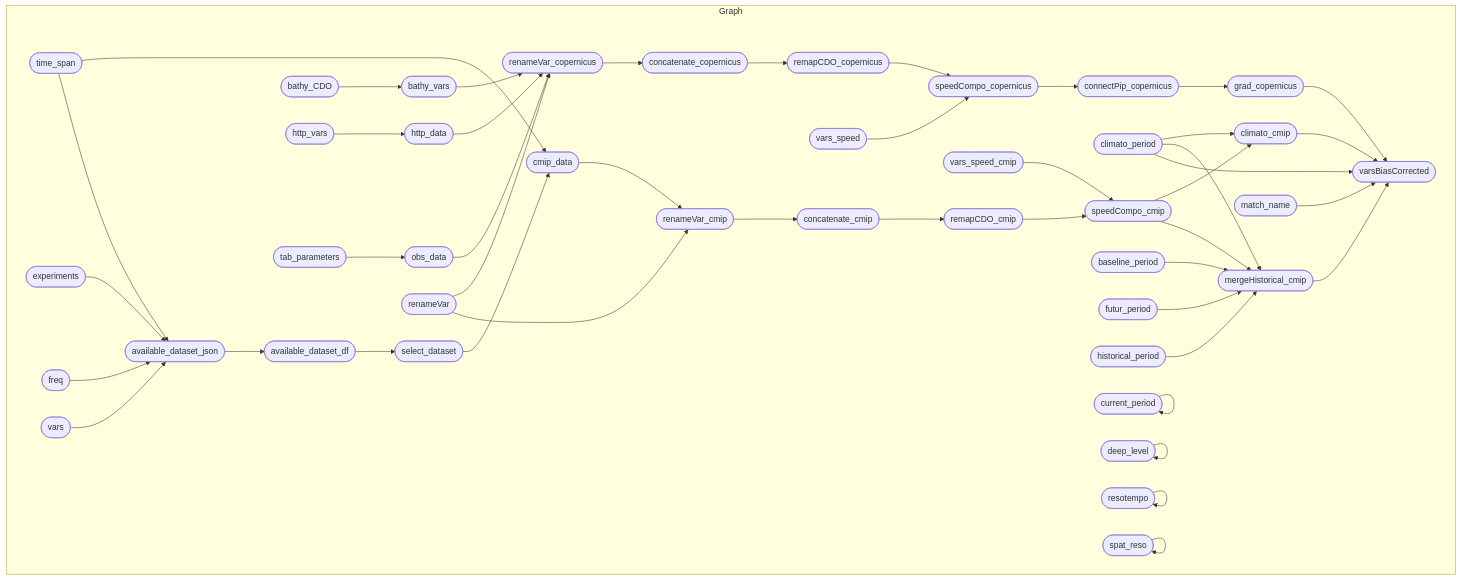
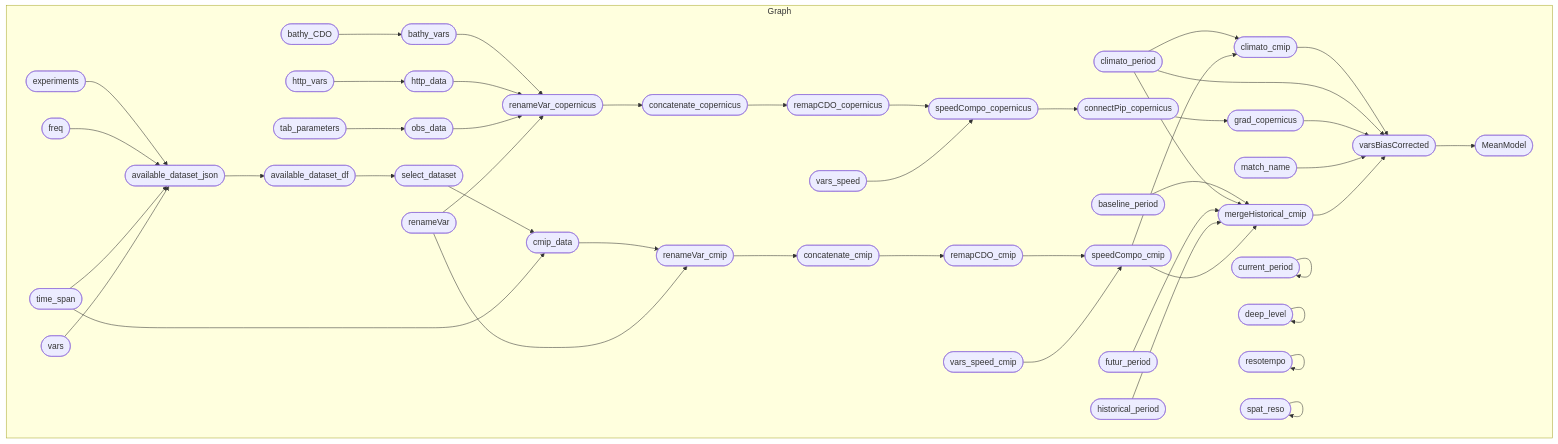
Before and after one commit to r-fernandezz/downshape: the diagram in README.md, drawn with Mermaid. The commit also changed other lines of this file and 3 other files, not shown here.

Commit message:
✨ NEW FEATURE: mean model by ssp and variables

````diff
--- a/README.md
+++ b/README.md
@@ -25,49 +25,50 @@
 ``` mermaid
 graph LR
   subgraph Graph
     direction LR
-    x6fcf9b0e7fc429ff(["available_dataset_json"]):::uptodate --> xe895740a9b7896f7(["available_dataset_df"]):::uptodate
-    x3f5ab24ee8d242b4(["select_dataset"]):::uptodate --> xd8e5f2013a341013(["cmip_data"]):::uptodate
-    x2c0118dd07b06ac8(["time_span"]):::uptodate --> xd8e5f2013a341013(["cmip_data"]):::uptodate
-    xf4b49e2ba07661b1(["remapCDO_cmip"]):::uptodate --> xe5de19f3be59da20(["speedCompo_cmip"]):::uptodate
-    x7a197bdf5f12681a(["vars_speed_cmip"]):::uptodate --> xe5de19f3be59da20(["speedCompo_cmip"]):::uptodate
+    xfc6ed28680e5db72(["speedCompo_copernicus"]):::outdated --> xd2707862cf793d3a(["connectPip_copernicus"]):::outdated
     xec6283d15a25ed08(["remapCDO_copernicus"]):::outdated --> xfc6ed28680e5db72(["speedCompo_copernicus"]):::outdated
     xca459201a27e8460(["vars_speed"]):::uptodate --> xfc6ed28680e5db72(["speedCompo_copernicus"]):::outdated
-    xf5c6fd225c377a3d(["bathy_CDO"]):::uptodate --> xb5817e1daca13dcc(["bathy_vars"]):::uptodate
+    xe895740a9b7896f7(["available_dataset_df"]):::uptodate --> x3f5ab24ee8d242b4(["select_dataset"]):::uptodate
+    x71e926299248ce3f(["http_vars"]):::uptodate --> x35b468daf9281b76(["http_data"]):::uptodate
+    xac02e5e58926353b(["experiments"]):::uptodate --> x6fcf9b0e7fc429ff(["available_dataset_json"]):::uptodate
+    x906e78a8df9f52cb(["freq"]):::uptodate --> x6fcf9b0e7fc429ff(["available_dataset_json"]):::uptodate
+    x2c0118dd07b06ac8(["time_span"]):::uptodate --> x6fcf9b0e7fc429ff(["available_dataset_json"]):::uptodate
+    x8f15ec77b8dbd81a(["vars"]):::uptodate --> x6fcf9b0e7fc429ff(["available_dataset_json"]):::uptodate
+    xd2707862cf793d3a(["connectPip_copernicus"]):::outdated --> x37179b61a203cbd3(["grad_copernicus"]):::outdated
+    xbbe4eafa679df977(["climato_period"]):::uptodate --> x0c817e56268c947c(["climato_cmip"]):::uptodate
+    xe5de19f3be59da20(["speedCompo_cmip"]):::uptodate --> x0c817e56268c947c(["climato_cmip"]):::uptodate
     xb5817e1daca13dcc(["bathy_vars"]):::uptodate --> xe44467b2b079fc18(["renameVar_copernicus"]):::outdated
     x35b468daf9281b76(["http_data"]):::uptodate --> xe44467b2b079fc18(["renameVar_copernicus"]):::outdated
     xd7bca5ba4e5f539d(["obs_data"]):::outdated --> xe44467b2b079fc18(["renameVar_copernicus"]):::outdated
     xd15c82dcb79a7c2e(["renameVar"]):::uptodate --> xe44467b2b079fc18(["renameVar_copernicus"]):::outdated
+    xf5c6fd225c377a3d(["bathy_CDO"]):::uptodate --> xb5817e1daca13dcc(["bathy_vars"]):::uptodate
+    x3f5ab24ee8d242b4(["select_dataset"]):::uptodate --> xd8e5f2013a341013(["cmip_data"]):::uptodate
+    x2c0118dd07b06ac8(["time_span"]):::uptodate --> xd8e5f2013a341013(["cmip_data"]):::uptodate
     x4fe875b2492d0106(["concatenate_cmip"]):::uptodate --> xf4b49e2ba07661b1(["remapCDO_cmip"]):::uptodate
-    xd8e5f2013a341013(["cmip_data"]):::uptodate --> x0262297569c18022(["renameVar_cmip"]):::uptodate
-    xd15c82dcb79a7c2e(["renameVar"]):::uptodate --> x0262297569c18022(["renameVar_cmip"]):::uptodate
-    x71e926299248ce3f(["http_vars"]):::uptodate --> x35b468daf9281b76(["http_data"]):::uptodate
-    xbbe4eafa679df977(["climato_period"]):::uptodate --> x0c817e56268c947c(["climato_cmip"]):::uptodate
-    xe5de19f3be59da20(["speedCompo_cmip"]):::uptodate --> x0c817e56268c947c(["climato_cmip"]):::uptodate
-    xfc6ed28680e5db72(["speedCompo_copernicus"]):::outdated --> xd2707862cf793d3a(["connectPip_copernicus"]):::outdated
-    xd2707862cf793d3a(["connectPip_copernicus"]):::outdated --> x37179b61a203cbd3(["grad_copernicus"]):::outdated
-    x9289bfb53112cf3b(["concatenate_copernicus"]):::outdated --> xec6283d15a25ed08(["remapCDO_copernicus"]):::outdated
-    xac02e5e58926353b(["experiments"]):::uptodate --> x6fcf9b0e7fc429ff(["available_dataset_json"]):::uptodate
-    x906e78a8df9f52cb(["freq"]):::uptodate --> x6fcf9b0e7fc429ff(["available_dataset_json"]):::uptodate
-    x2c0118dd07b06ac8(["time_span"]):::uptodate --> x6fcf9b0e7fc429ff(["available_dataset_json"]):::uptodate
-    x8f15ec77b8dbd81a(["vars"]):::uptodate --> x6fcf9b0e7fc429ff(["available_dataset_json"]):::uptodate
+    xf4b49e2ba07661b1(["remapCDO_cmip"]):::uptodate --> xe5de19f3be59da20(["speedCompo_cmip"]):::uptodate
+    x7a197bdf5f12681a(["vars_speed_cmip"]):::uptodate --> xe5de19f3be59da20(["speedCompo_cmip"]):::uptodate
     x21b09bf88a2ff147(["baseline_period"]):::uptodate --> xf21dac5ab86940da(["mergeHistorical_cmip"]):::uptodate
     xbbe4eafa679df977(["climato_period"]):::uptodate --> xf21dac5ab86940da(["mergeHistorical_cmip"]):::uptodate
     xbce5cad1cf7e7103(["futur_period"]):::uptodate --> xf21dac5ab86940da(["mergeHistorical_cmip"]):::uptodate
     x57dd1d5e854c11b6(["historical_period"]):::uptodate --> xf21dac5ab86940da(["mergeHistorical_cmip"]):::uptodate
     xe5de19f3be59da20(["speedCompo_cmip"]):::uptodate --> xf21dac5ab86940da(["mergeHistorical_cmip"]):::uptodate
+    xe44467b2b079fc18(["renameVar_copernicus"]):::outdated --> x9289bfb53112cf3b(["concatenate_copernicus"]):::outdated
+    x4301c707c2ab0cdc(["tab_parameters"]):::uptodate --> xd7bca5ba4e5f539d(["obs_data"]):::outdated
+    x6fcf9b0e7fc429ff(["available_dataset_json"]):::uptodate --> xe895740a9b7896f7(["available_dataset_df"]):::uptodate
     x0262297569c18022(["renameVar_cmip"]):::uptodate --> x4fe875b2492d0106(["concatenate_cmip"]):::uptodate
-    x4301c707c2ab0cdc(["tab_parameters"]):::uptodate --> xd7bca5ba4e5f539d(["obs_data"]):::outdated
+    x9289bfb53112cf3b(["concatenate_copernicus"]):::outdated --> xec6283d15a25ed08(["remapCDO_copernicus"]):::outdated
     x0c817e56268c947c(["climato_cmip"]):::uptodate --> x178958aede3793d9(["varsBiasCorrected"]):::outdated
     xbbe4eafa679df977(["climato_period"]):::uptodate --> x178958aede3793d9(["varsBiasCorrected"]):::outdated
     x37179b61a203cbd3(["grad_copernicus"]):::outdated --> x178958aede3793d9(["varsBiasCorrected"]):::outdated
     xab1c13260db879af(["match_name"]):::uptodate --> x178958aede3793d9(["varsBiasCorrected"]):::outdated
     xf21dac5ab86940da(["mergeHistorical_cmip"]):::uptodate --> x178958aede3793d9(["varsBiasCorrected"]):::outdated
-    xe44467b2b079fc18(["renameVar_copernicus"]):::outdated --> x9289bfb53112cf3b(["concatenate_copernicus"]):::outdated
-    xe895740a9b7896f7(["available_dataset_df"]):::uptodate --> x3f5ab24ee8d242b4(["select_dataset"]):::uptodate
+    x178958aede3793d9(["varsBiasCorrected"]):::outdated --> x0754d07deb71dd34(["MeanModel"]):::outdated
+    xd8e5f2013a341013(["cmip_data"]):::uptodate --> x0262297569c18022(["renameVar_cmip"]):::uptodate
+    xd15c82dcb79a7c2e(["renameVar"]):::uptodate --> x0262297569c18022(["renameVar_cmip"]):::uptodate
     x084994fb0e480676(["current_period"]):::uptodate --> x084994fb0e480676(["current_period"]):::uptodate
     x625f066a5f205ec8(["deep_level"]):::uptodate --> x625f066a5f205ec8(["deep_level"]):::uptodate
     x55a14a7f5821bbec(["resotempo"]):::uptodate --> x55a14a7f5821bbec(["resotempo"]):::uptodate
     xe73cbbcc20086ecd(["spat_reso"]):::uptodate --> xe73cbbcc20086ecd(["spat_reso"]):::uptodate
   end
 ```
````
